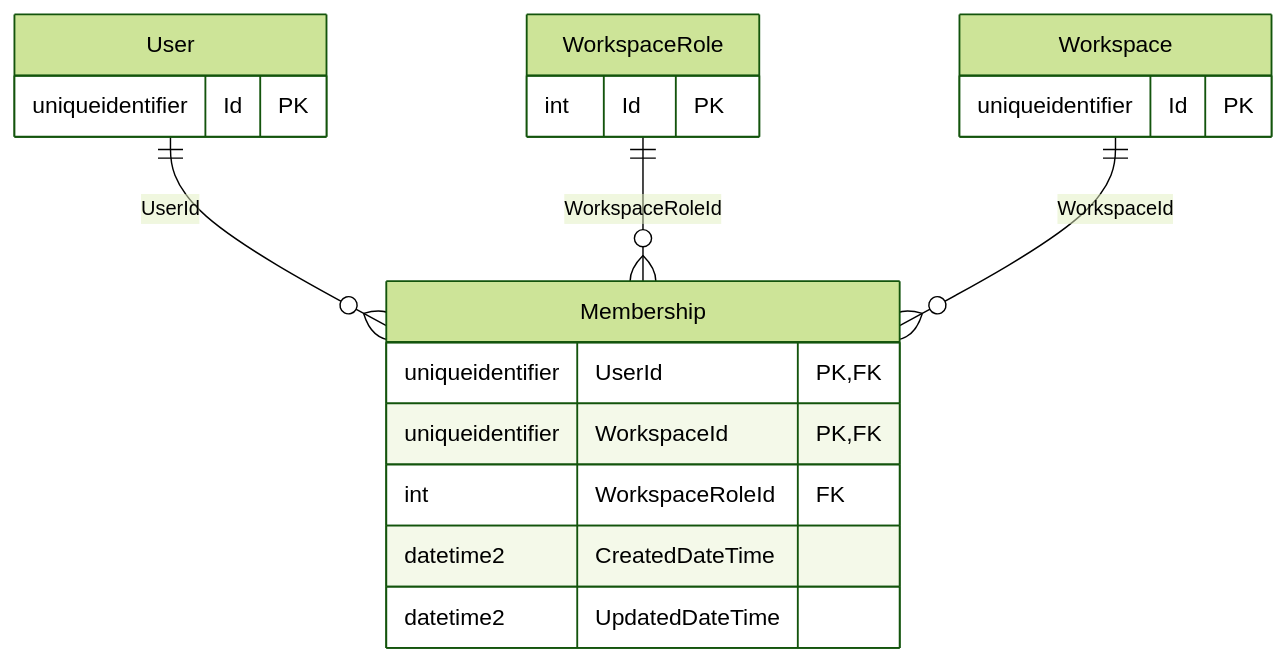
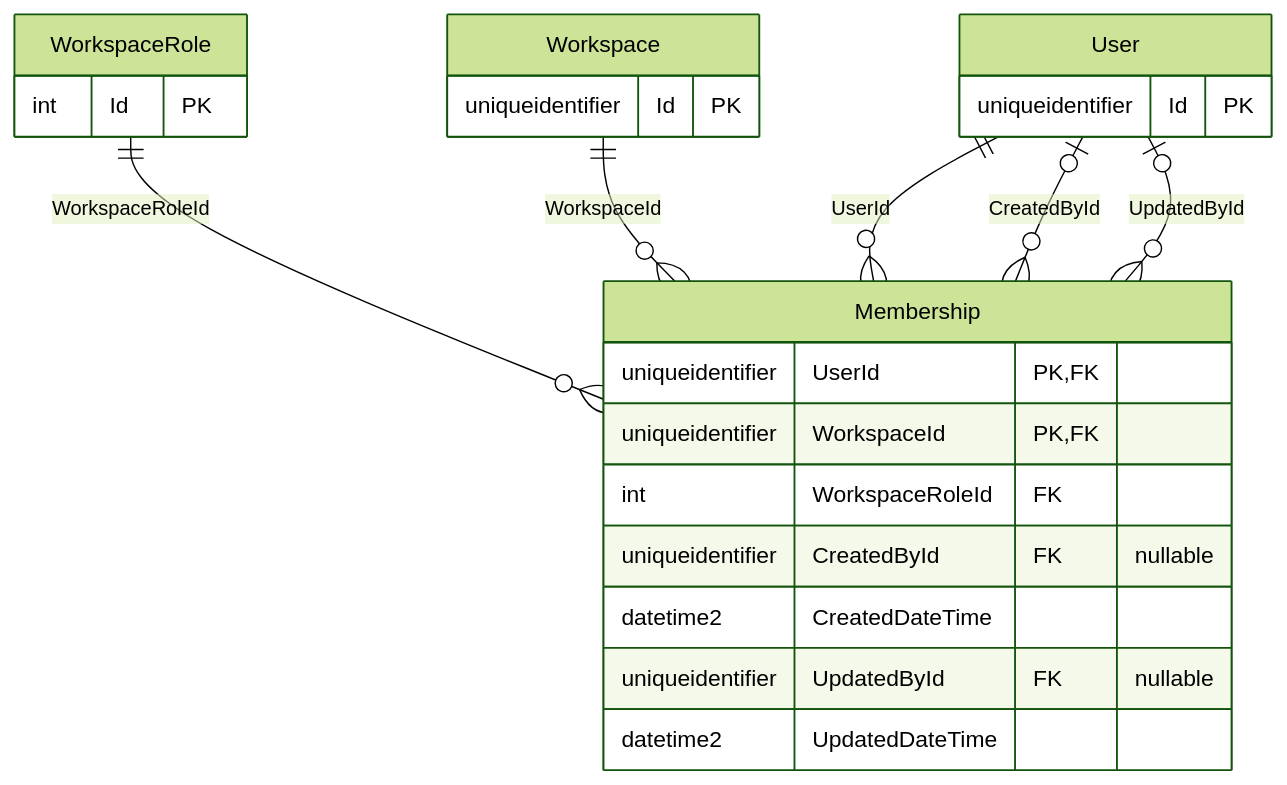
The diagram in docs/database-diagrams/entities/Diagram.Membership.md (mihai2000q/ConsiliumTempus-be), drawn with Mermaid (forest theme) before and after one commit. The commit also changed other lines of this file and 8 other files, not shown here.

````diff
--- a/docs/database-diagrams/entities/Diagram.Membership.md
+++ b/docs/database-diagrams/entities/Diagram.Membership.md
@@ -15,23 +17,27 @@
 ```mermaid
 erDiagram
     User ||--o{ Membership : "UserId"
     WorkspaceRole ||--o{ Membership : "WorkspaceRoleId"
     Workspace ||--o{ Membership : "WorkspaceId"
+    User |o--o{ Membership : "CreatedById"
+    User |o--o{ Membership : "UpdatedById"
 
     Membership {
         uniqueidentifier UserId PK, FK
         uniqueidentifier WorkspaceId PK, FK
         int WorkspaceRoleId FK
+        uniqueidentifier CreatedById FK "nullable"
         datetime2 CreatedDateTime
+        uniqueidentifier UpdatedById FK "nullable"
         datetime2 UpdatedDateTime
     }
     User {
         uniqueidentifier Id PK
     }
     WorkspaceRole {
         int Id PK
     }
     Workspace {
         uniqueidentifier Id PK
     }
 ```
````
